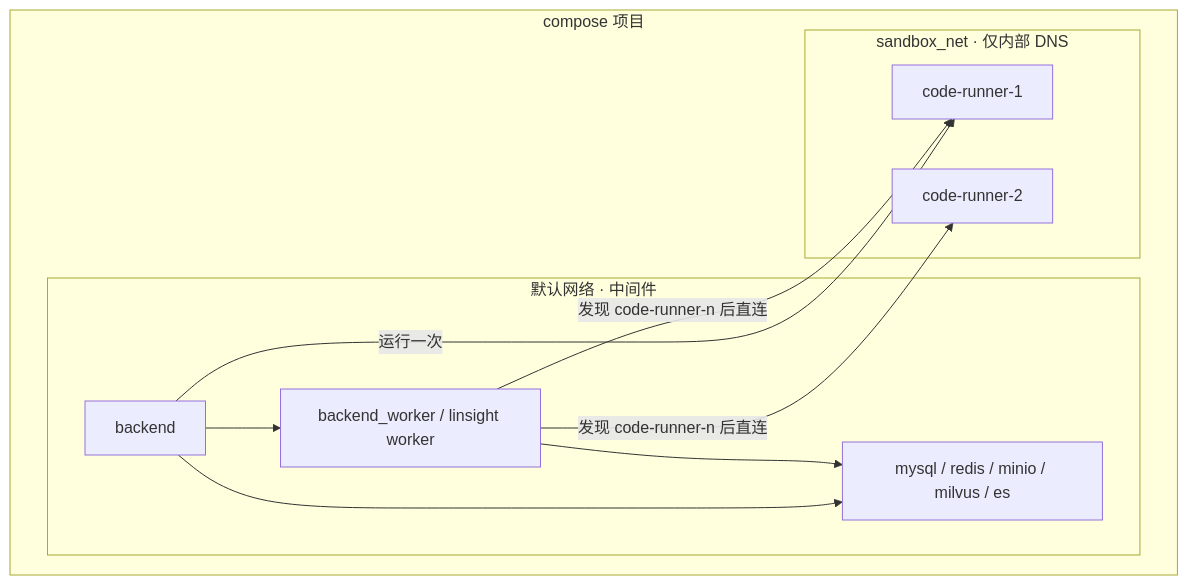
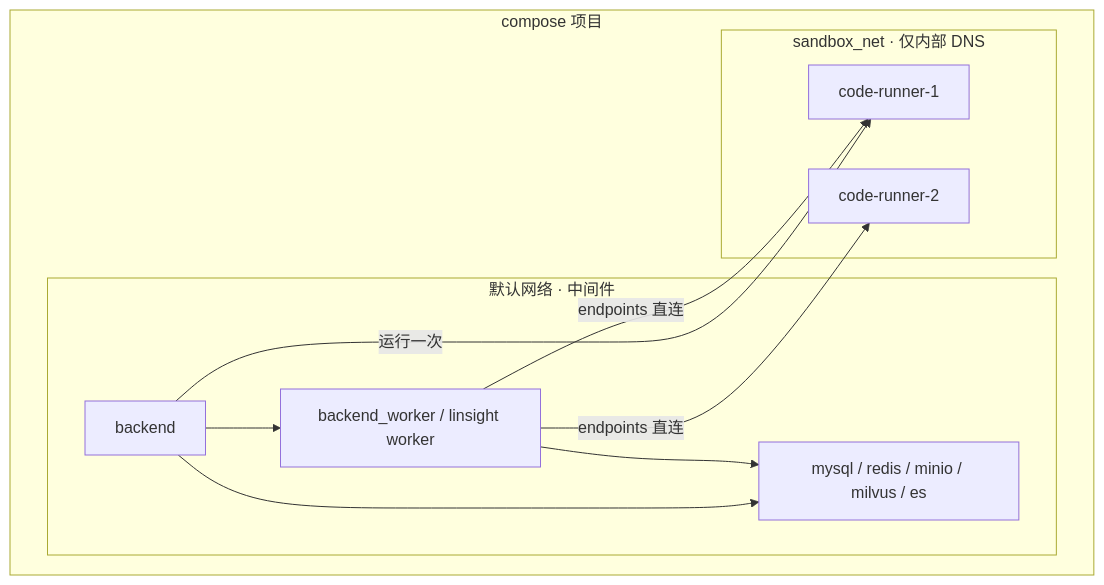
The tenth of 15 diagrams in features/v3.0.0-beta1/068-code-execution-sandbox/design.md (dataelement/bisheng), drawn with Mermaid before and after one commit. The commit also changed other lines of this file and 53 other files, not shown here.

````diff
--- a/features/v3.0.0-beta1/068-code-execution-sandbox/design.md
+++ b/features/v3.0.0-beta1/068-code-execution-sandbox/design.md
@@ -717,20 +698,20 @@
 ```mermaid
 flowchart TB
     subgraph Compose["compose 项目"]
         subgraph DefaultNet["默认网络 · 中间件"]
             API["backend"]
             Worker["backend_worker / linsight worker"]
             DB["mysql / redis / minio / milvus / es"]
         end
         subgraph SandboxNet["sandbox_net · 仅内部 DNS"]
             R1["code-runner-1"]
             R2["code-runner-2"]
         end
     end
-    Worker -->|"发现 code-runner-n 后直连"| R1
-    Worker -->|"发现 code-runner-n 后直连"| R2
+    Worker -->|"endpoints 直连"| R1
+    Worker -->|"endpoints 直连"| R2
     API -->|"运行一次"| R1
     Worker --> DB
     API --> DB
     API --> Worker
 ```
````
